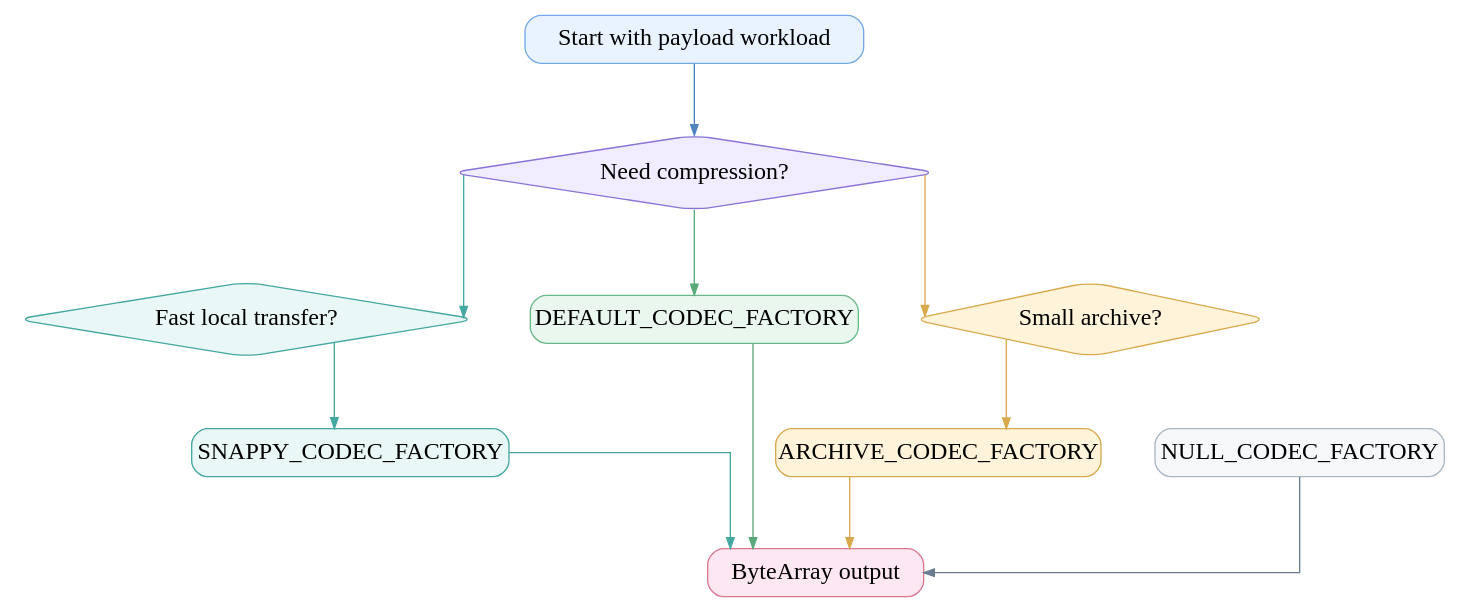
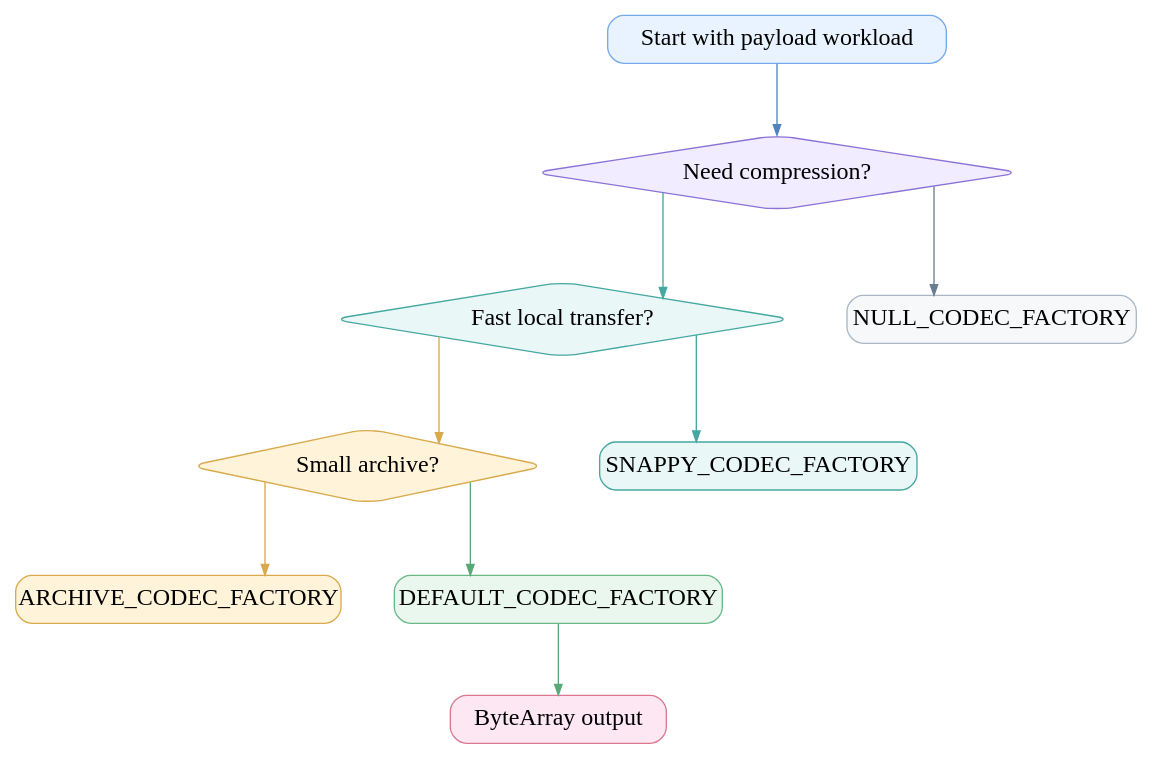
One commit to bluetape4k/bluetape4k-projects changed the diagram in docs/images/readme-diagrams/io-avro-diagram-02.dot. Above: the diagram before and after it, drawn with Graphviz. The commit also changed 600 other files, not shown here.

First line of the commit message:
Stabilize README diagram regeneration quality

```diff
--- a/docs/images/readme-diagrams/io-avro-diagram-02.dot
+++ b/docs/images/readme-diagrams/io-avro-diagram-02.dot
@@ -1,24 +1,22 @@
 digraph G {
   graph [rankdir=TB, bgcolor="white", splines=ortho, nodesep=0.55, ranksep=0.75];
   node [shape=box, style="rounded,filled", fontname="Architects Daughter", fontsize=18, color="#D7E2EC", fillcolor="#F7FAFC"];
   edge [fontname="Comic Mono", fontsize=11, color="#56708C", arrowsize=0.8];
   "start" [label="Start with payload workload", shape=box, fillcolor="#E8F3FF", color="#75A9E8"];
   "compression" [label="Need compression?", shape=diamond, fillcolor="#F1ECFF", color="#8A72D6"];
   "throughput" [label="Fast local transfer?", shape=diamond, fillcolor="#E9F7F6", color="#45A7A1"];
+  "archive" [label="Small archive?", shape=diamond, fillcolor="#FFF3D9", color="#D9AA4D"];
+  "null" [label="NULL_CODEC_FACTORY", shape=box, fillcolor="#F6F8FA", color="#AAB7C4"];
   "snappy" [label="SNAPPY_CODEC_FACTORY", shape=box, fillcolor="#E9F7F6", color="#45A7A1"];
+  "zstd" [label="ARCHIVE_CODEC_FACTORY", shape=box, fillcolor="#FFF3D9", color="#D9AA4D"];
   "deflate" [label="DEFAULT_CODEC_FACTORY", shape=box, fillcolor="#EAF7EF", color="#69B888"];
-  "archive" [label="Small archive?", shape=diamond, fillcolor="#FFF3D9", color="#D9AA4D"];
-  "zstd" [label="ARCHIVE_CODEC_FACTORY", shape=box, fillcolor="#FFF3D9", color="#D9AA4D"];
-  "null" [label="NULL_CODEC_FACTORY", shape=box, fillcolor="#F6F8FA", color="#AAB7C4"];
   "output" [label="ByteArray output", shape=box, fillcolor="#FCE7F3", color="#DB7890"];
   "start" -> "compression" [color="#4F83BF"];
+  "compression" -> "null" [color="#6B7D90"];
   "compression" -> "throughput" [color="#45A7A1"];
-  "compression" -> "deflate" [color="#58A978"];
-  "compression" -> "archive" [color="#D9AA4D"];
   "throughput" -> "snappy" [color="#45A7A1"];
+  "throughput" -> "archive" [color="#D9AA4D"];
   "archive" -> "zstd" [color="#D9AA4D"];
+  "archive" -> "deflate" [color="#58A978"];
   "deflate" -> "output" [color="#58A978"];
-  "snappy" -> "output" [color="#45A7A1"];
-  "zstd" -> "output" [color="#D9AA4D"];
-  "null" -> "output" [color="#6B7D90"];
 }
```
